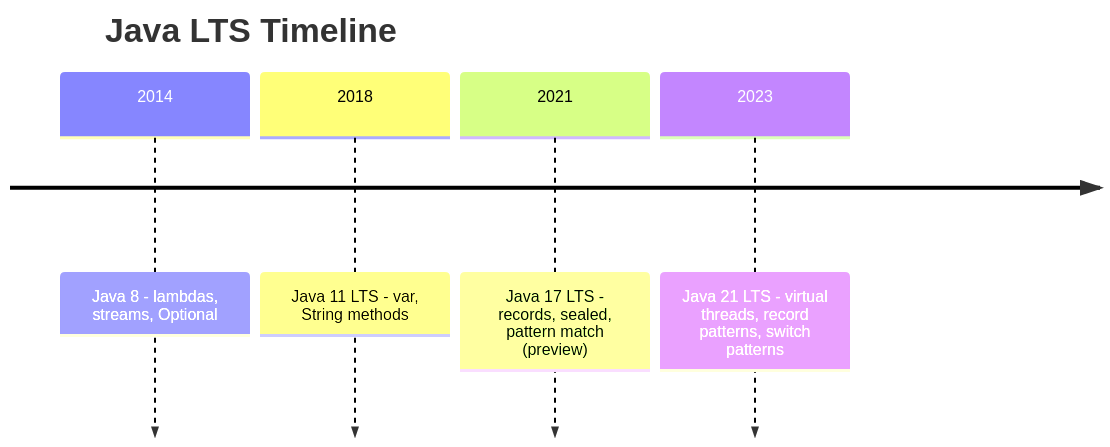
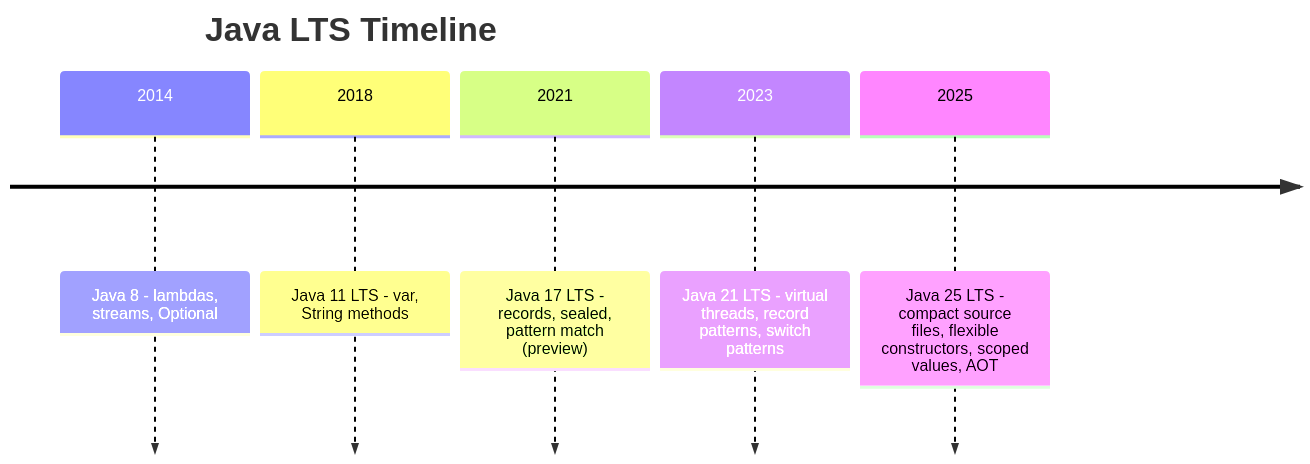
The first of 3 diagrams in java/java-fundamentals/modern-java-features.md (quan0401/learning_docs), drawn with Mermaid before and after one commit. The commit also changed other lines of this file, not shown here.

Commit message:
Modern Java

````diff
--- a/java/java-fundamentals/modern-java-features.md
+++ b/java/java-fundamentals/modern-java-features.md
@@ -43,8 +44,9 @@
 ```mermaid
 timeline
     title Java LTS Timeline
     2014 : Java 8 - lambdas, streams, Optional
     2018 : Java 11 LTS - var, String methods
     2021 : Java 17 LTS - records, sealed, pattern match (preview)
     2023 : Java 21 LTS - virtual threads, record patterns, switch patterns
+    2025 : Java 25 LTS - compact source files, flexible constructors, scoped values, AOT
 ```
````
